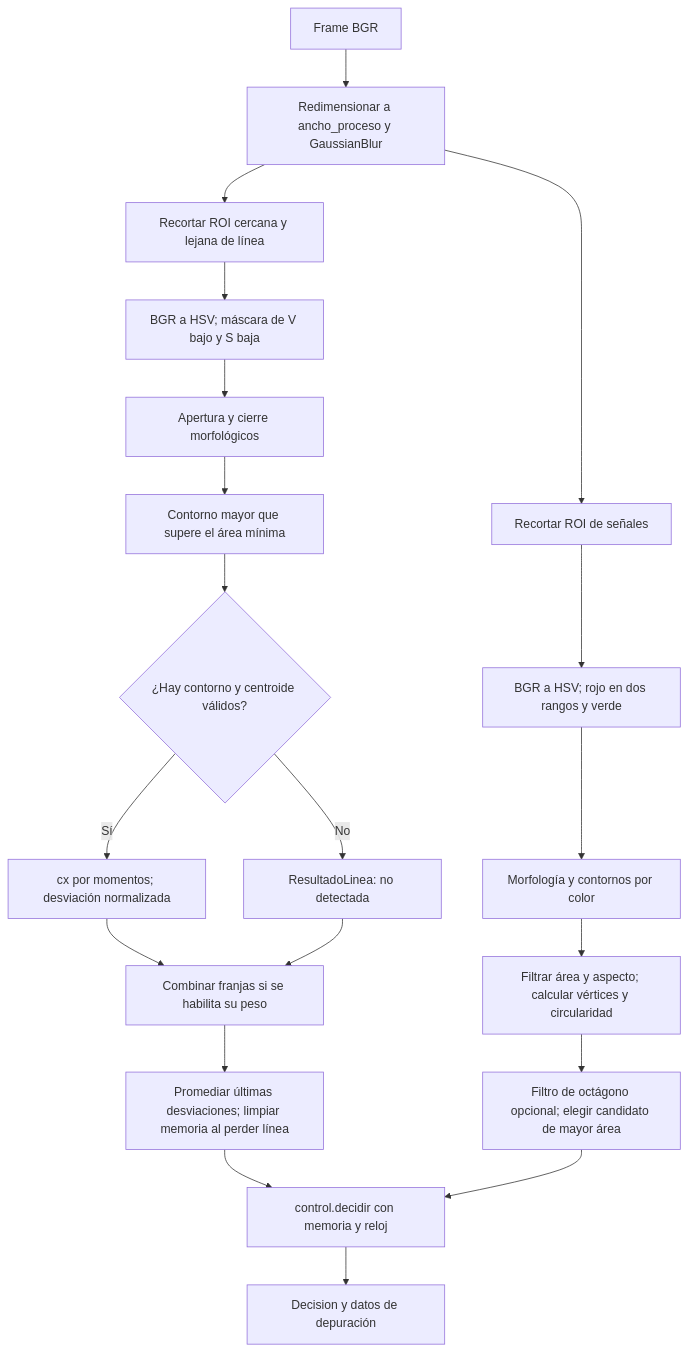
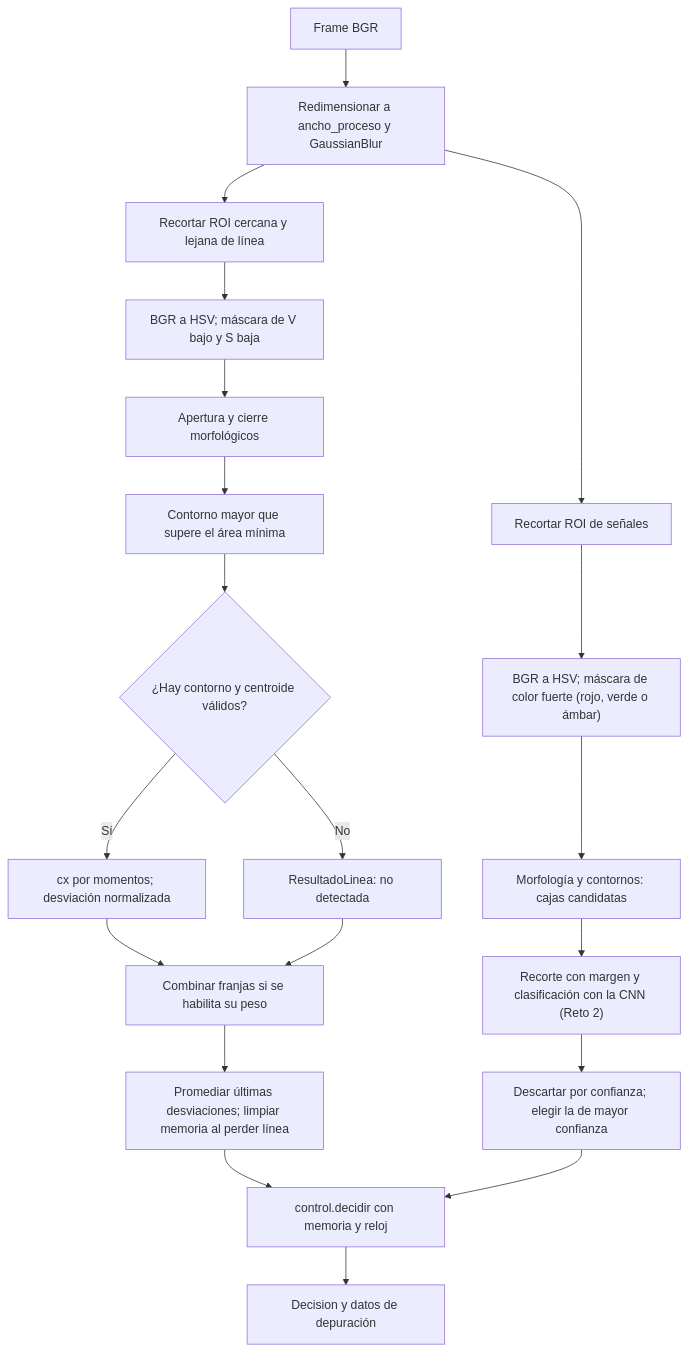
Before and after one commit to JuanGonzalezx/Vision_Artificial_Reto_1: the second of 3 diagrams in docs/arquitectura.md, drawn with Mermaid. The commit also changed other lines of this file and 826 other files, not shown here.

````diff
--- a/docs/arquitectura.md
+++ b/docs/arquitectura.md
@@ -35,22 +35,22 @@
 ```mermaid
 flowchart TD
     A["Frame BGR"] --> B["Redimensionar a ancho_proceso y GaussianBlur"]
     B --> C["Recortar ROI cercana y lejana de línea"]
     B --> S["Recortar ROI de señales"]
     C --> D["BGR a HSV; máscara de V bajo y S baja"]
     D --> E["Apertura y cierre morfológicos"]
     E --> F["Contorno mayor que supere el área mínima"]
     F --> G{"¿Hay contorno y centroide válidos?"}
     G -->|Sí| H["cx por momentos; desviación normalizada"]
     G -->|No| I["ResultadoLinea: no detectada"]
     H --> J["Combinar franjas si se habilita su peso"]
     I --> J
     J --> K["Promediar últimas desviaciones; limpiar memoria al perder línea"]
-    S --> T["BGR a HSV; rojo en dos rangos y verde"]
-    T --> U["Morfología y contornos por color"]
-    U --> V["Filtrar área y aspecto; calcular vértices y circularidad"]
-    V --> W["Filtro de octágono opcional; elegir candidato de mayor área"]
+    S --> T["BGR a HSV; máscara de color fuerte (rojo, verde o ámbar)"]
+    T --> U["Morfología y contornos: cajas candidatas"]
+    U --> V["Recorte con margen y clasificación con la CNN (Reto 2)"]
+    V --> W["Descartar por confianza; elegir la de mayor confianza"]
     K --> X["control.decidir con memoria y reloj"]
     W --> X
     X --> Y["Decision y datos de depuración"]
 ```
````
